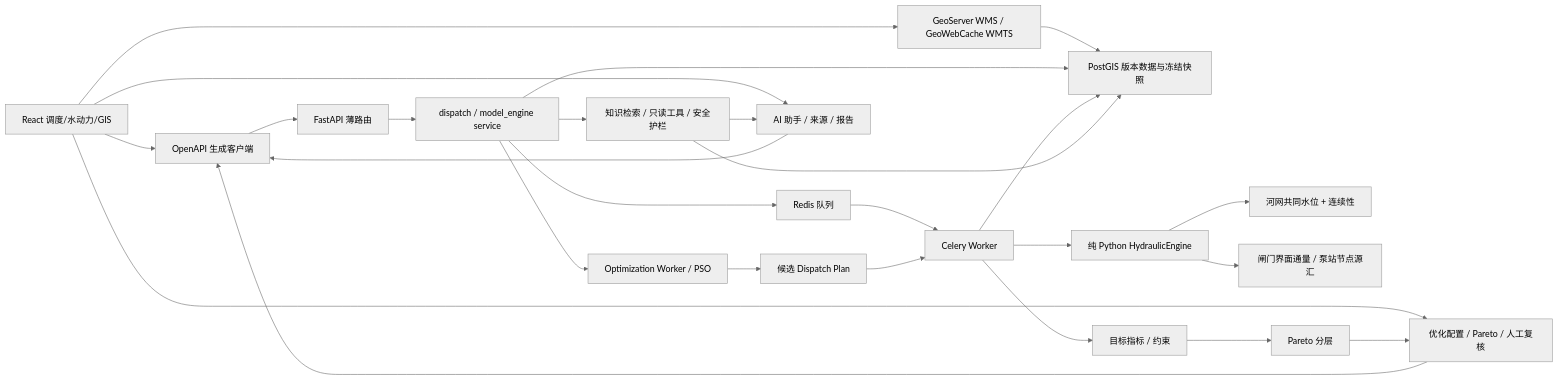
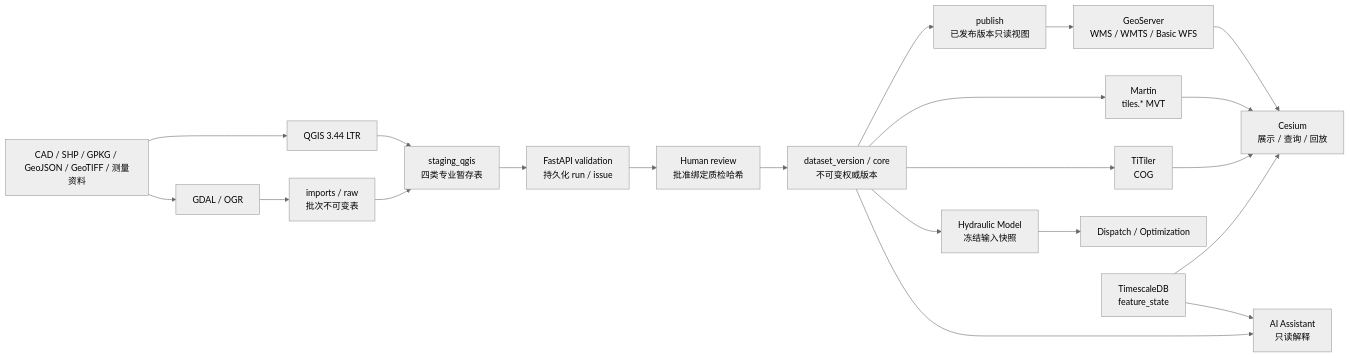
One commit to zj1310426307-stack/dayu-tiangong changed the diagram in docs/architecture.md. Above: the diagram before and after it, drawn with Mermaid (neutral theme). The commit also changed other lines of this file and 77 other files, not shown here.

Commit message:
feat(gis): add controlled QGIS publishing workflow

````diff
--- a/docs/architecture.md
+++ b/docs/architecture.md
@@ -5,28 +7,41 @@
 ```mermaid
 flowchart LR
-  UI["React 调度/水动力/GIS"] --> C["OpenAPI 生成客户端"]
-  UI --> GS["GeoServer WMS / GeoWebCache WMTS"]
-  GS --> P
-  C --> R["FastAPI 薄路由"]
-  R --> S["dispatch / model_engine service"]
-  S --> P["PostGIS 版本数据与冻结快照"]
-  S --> Q["Redis 队列"]
-  Q --> W["Celery Worker"]
-  W --> E["纯 Python HydraulicEngine"]
-  E --> N["河网共同水位 + 连续性"]
-  E --> GP["闸门界面通量 / 泵站节点源汇"]
-  W --> P
-  UI --> O["优化配置 / Pareto / 人工复核"]
-  O --> C
-  S --> OW["Optimization Worker / PSO"]
-  OW --> T["候选 Dispatch Plan"]
-  T --> W
-  W --> M["目标指标 / 约束"]
-  M --> PF["Pareto 分层"]
-  PF --> O
-  UI --> AI["AI 助手 / 来源 / 报告"]
-  AI --> C
-  S --> RAG["知识检索 / 只读工具 / 安全护栏"]
-  RAG --> P
-  RAG --> AI
+  SRC["CAD / SHP / GPKG / GeoJSON / GeoTIFF / 测量资料"]
+  QGIS["QGIS 3.44 LTR"]
+  GDAL["GDAL / OGR"]
+  RAW["imports / raw<br/>批次不可变表"]
+  STG["staging_qgis<br/>四类专业暂存表"]
+  VAL["FastAPI validation<br/>持久化 run / issue"]
+  REV["Human review<br/>批准绑定质检哈希"]
+  CORE["dataset_version / core<br/>不可变权威版本"]
+  PUB["publish<br/>已发布版本只读视图"]
+  GS["GeoServer<br/>WMS / WMTS / Basic WFS"]
+  MARTIN["Martin<br/>tiles.* MVT"]
+  TITILER["TiTiler<br/>COG"]
+  CESIUM["Cesium<br/>展示 / 查询 / 回放"]
+  MODEL["Hydraulic Model<br/>冻结输入快照"]
+  DISPATCH["Dispatch / Optimization"]
+  AI["AI Assistant<br/>只读解释"]
+  TS["TimescaleDB<br/>feature_state"]
+
+  SRC --> QGIS
+  SRC --> GDAL
+  GDAL --> RAW
+  RAW --> STG
+  QGIS --> STG
+  STG --> VAL
+  VAL --> REV
+  REV --> CORE
+  CORE --> PUB
+  CORE --> MARTIN
+  CORE --> TITILER
+  PUB --> GS
+  GS --> CESIUM
+  MARTIN --> CESIUM
+  TITILER --> CESIUM
+  CORE --> MODEL
+  MODEL --> DISPATCH
+  CORE --> AI
+  TS --> CESIUM
+  TS --> AI
 ```
````
